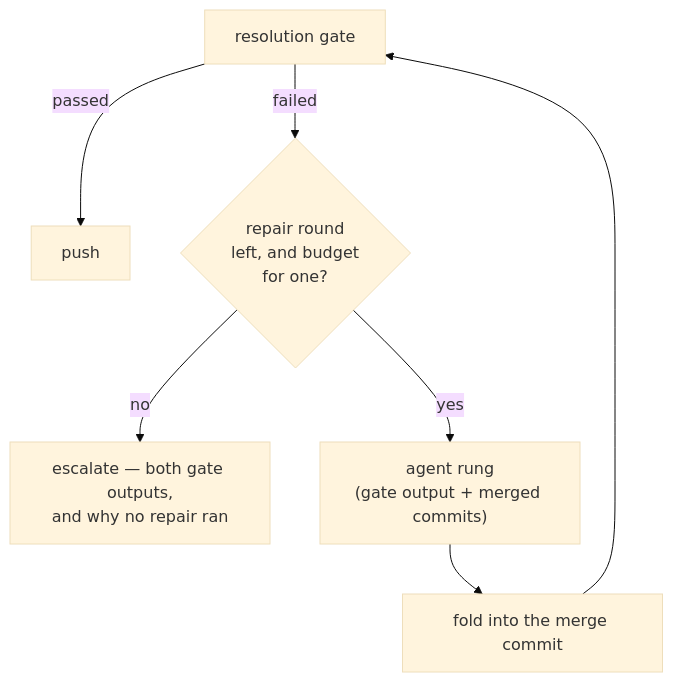
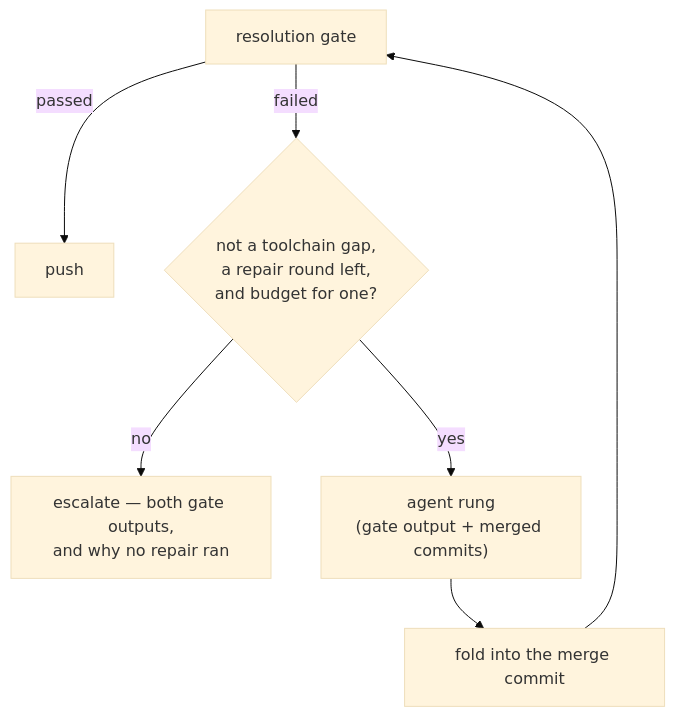
One commit to stSoftwareAU/VibeCoder changed diagram 36 of 46 in docs/INTERNALS.md. Above: the diagram before and after it, drawn with Mermaid (base theme). The commit also changed other lines of this file and 6 other files, not shown here.

````diff
--- a/docs/INTERNALS.md
+++ b/docs/INTERNALS.md
@@ -3954,9 +3964,9 @@
 ```mermaid
 flowchart TD
     G["resolution gate"] -->|passed| P["push"]
-    G -->|failed| R{"repair round<br/>left, and budget<br/>for one?"}
+    G -->|failed| R{"not a toolchain gap,<br/>a repair round left,<br/>and budget for one?"}
     R -->|"no"| E["escalate — both gate outputs,<br/>and why no repair ran"]
     R -->|"yes"| A["agent rung<br/>(gate output + merged commits)"]
     A --> F["fold into the merge commit"]
     F --> G
 ```
````
